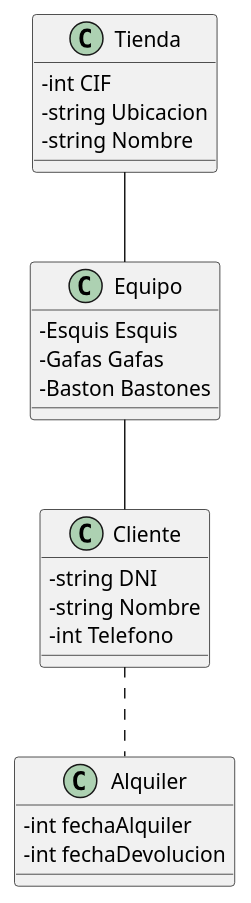
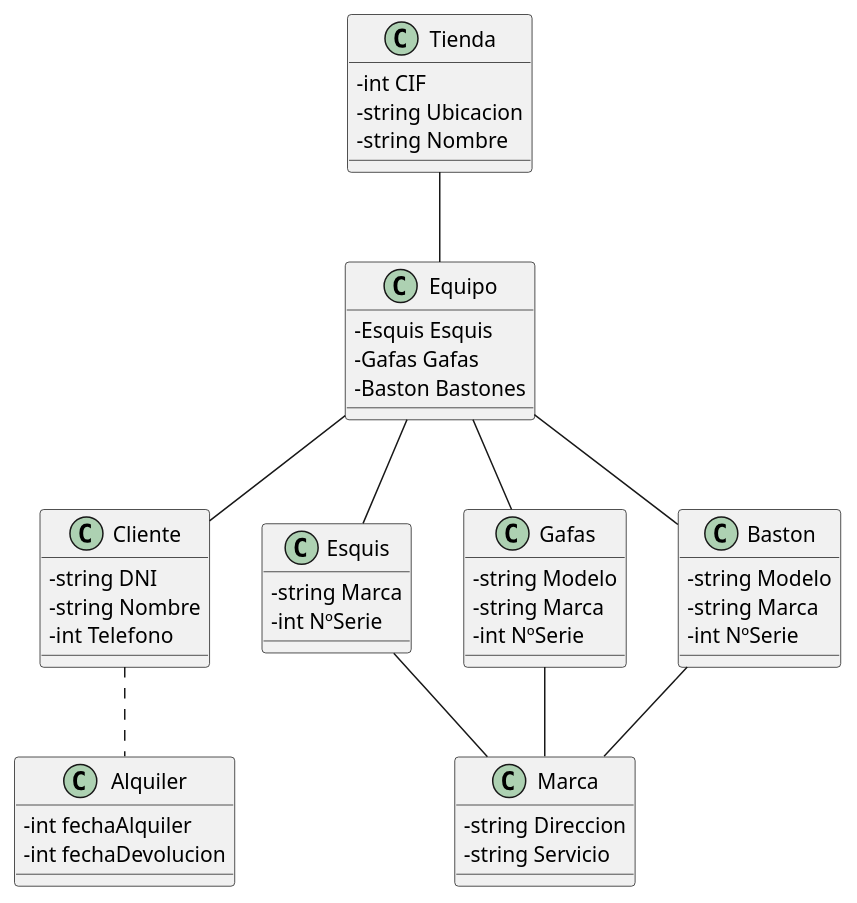
Before and after one commit to Pablobalmis/ED: the diagram in Actividades1-UT4 Martinez Aznar Pablo/Ejercicio 3 Lenny y Pablo/Ejercicio3.wsd, drawn with PlantUML.

```diff
--- a/Actividades1-UT4 Martinez Aznar Pablo/Ejercicio 3 Lenny y Pablo/Ejercicio3.wsd
+++ b/Actividades1-UT4 Martinez Aznar Pablo/Ejercicio 3 Lenny y Pablo/Ejercicio3.wsd
@@ -1,30 +1,59 @@
 ' La siguiente linia es para que al poner - delante de las clases para hacerlas privadas no te salga un cuadrado
 skinparam classAttributeIconSize 0  
 'Aqui se definen las clases
 class Tienda
 {
     -int CIF
     -string Ubicacion
     -string Nombre
 }
 class Equipo
 {
     -Esquis Esquis
     -Gafas Gafas
     -Baston Bastones
 }
 class Cliente
 {
     -string DNI
     -string Nombre
     -int Telefono
 }
 class Alquiler
 {
     -int fechaAlquiler
     -int fechaDevolucion
 }
+
+class Esquis
+{
+    -string Marca
+    -int NºSerie
+}
+class Gafas 
+{
+    -string Modelo
+    -string Marca
+    -int NºSerie
+}
+class Baston
+{
+    -string Modelo
+    -string Marca
+    -int NºSerie
+}
+class Marca
+{
+    -string Direccion
+    -string Servicio
+}
 ' Aqui se enlazan las clases
 Tienda -- Equipo
 Equipo -- Cliente
 Cliente .. Alquiler
+Equipo -- Esquis
+Equipo -- Gafas
+Equipo -- Baston
+Esquis -- Marca
+Gafas -- Marca
+Baston -- Marca
```
